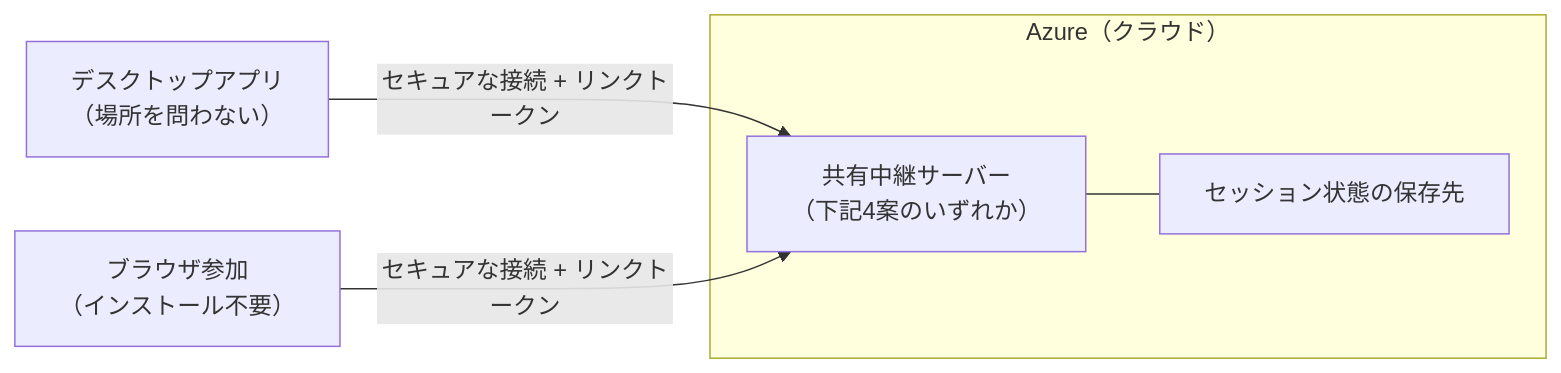
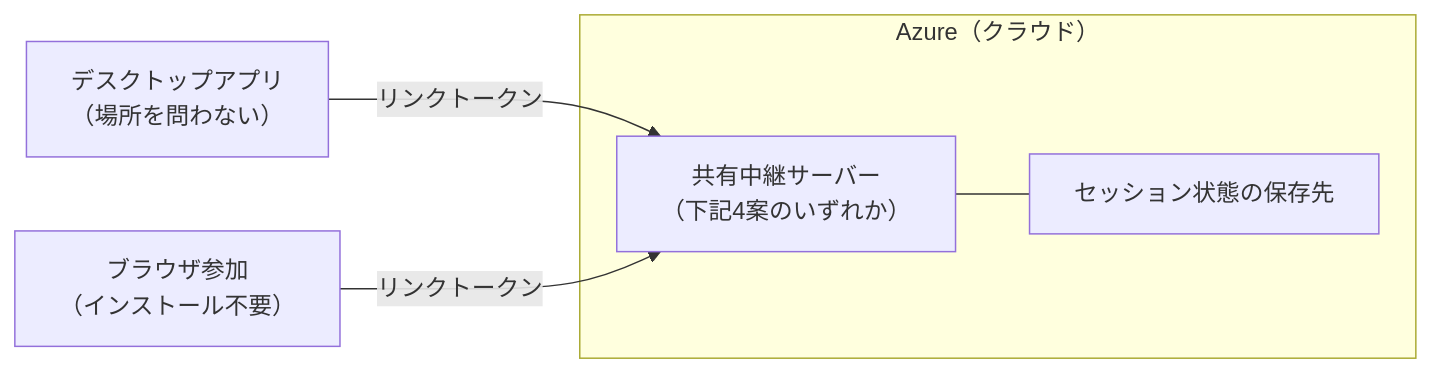
Before and after one commit to WhiTeXCharGe/TF_Testing: the second of 8 diagrams in GanttChartEditor/GanttChartEditor_OnlineCollabAzure_Presentation20260904(JP).md, drawn with Mermaid. The commit also changed other lines of this file, not shown here.

````diff
--- a/GanttChartEditor/GanttChartEditor_OnlineCollabAzure_Presentation20260904(JP).md
+++ b/GanttChartEditor/GanttChartEditor_OnlineCollabAzure_Presentation20260904(JP).md
@@ -38,12 +26,12 @@
 ```mermaid
 flowchart LR
   D["デスクトップアプリ<br/>（場所を問わない）"]
   W["ブラウザ参加<br/>（インストール不要）"]
   subgraph azure["Azure（クラウド）"]
     R["共有中継サーバー<br/>（下記4案のいずれか）"]
     ST["セッション状態の保存先"]
     R --- ST
   end
-  D -- "セキュアな接続 + リンクトークン" --> R
-  W -- "セキュアな接続 + リンクトークン" --> R
+  D -- "リンクトークン" --> R
+  W -- "リンクトークン" --> R
 ```
````
